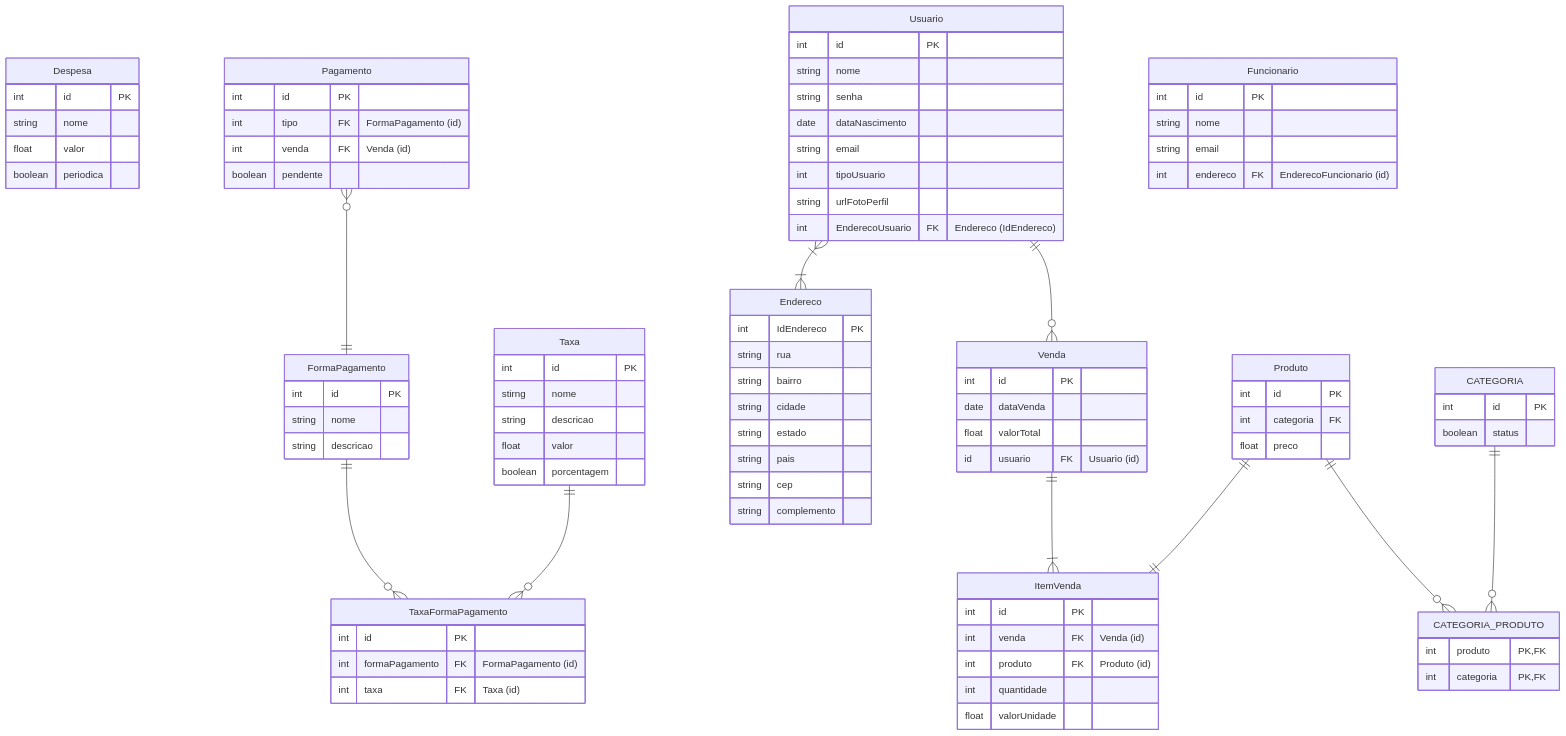
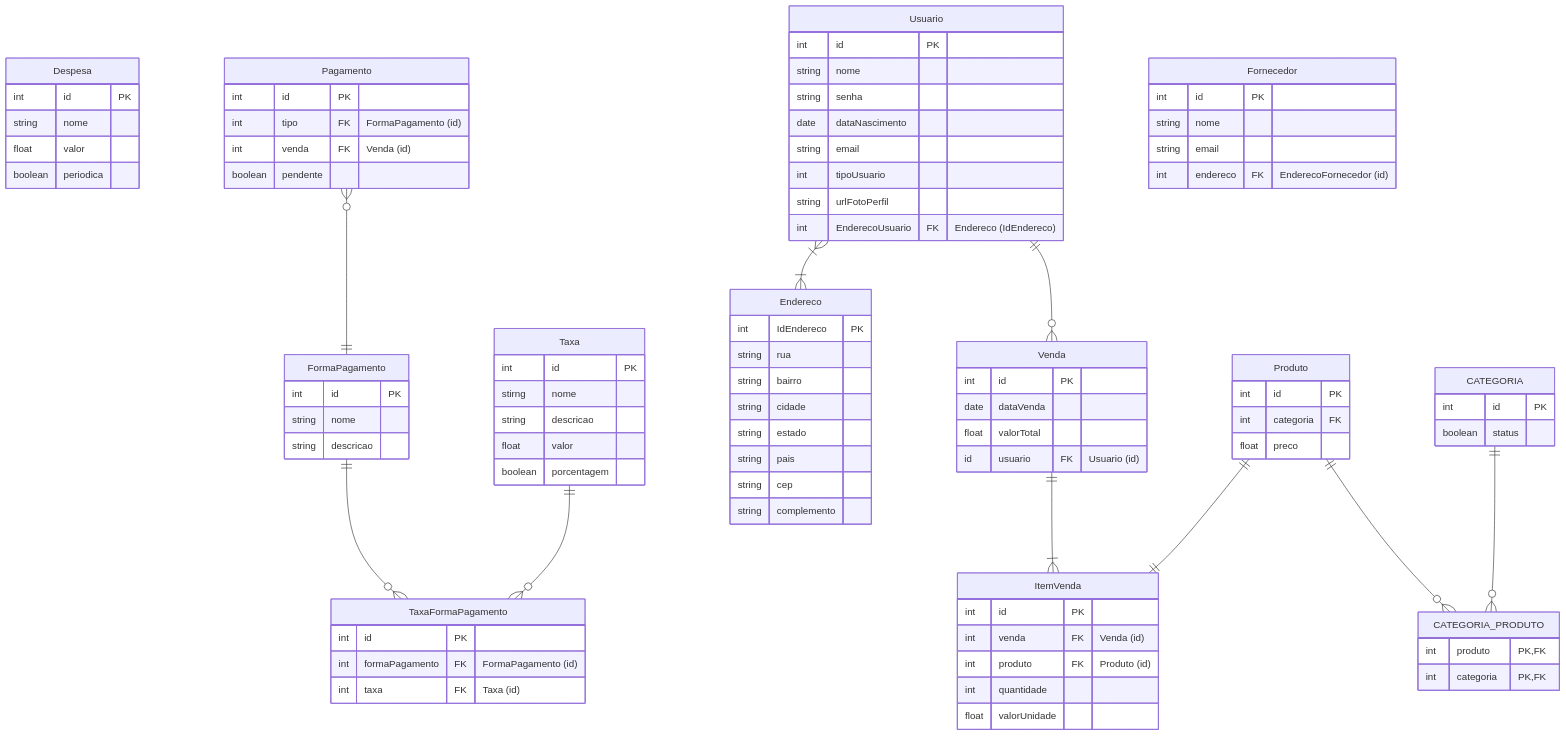
One commit to Control-Cash/controlcash changed the diagram in docs/documento-de-modelos.md. Above: the diagram before and after it, drawn with Mermaid.

Commit message:
Doc: Corrigindo o nome da tabela #35

```diff
--- a/docs/documento-de-modelos.md
+++ b/docs/documento-de-modelos.md
@@ -77,11 +77,11 @@
     float valorUnidade
   } 
 
-Funcionario{
+Fornecedor{
   int id PK
   string nome
   string email
-  int endereco FK "EnderecoFuncionario (id)"
+  int endereco FK "EnderecoFornecedor (id)"
 }
   
   %% conexões
```
